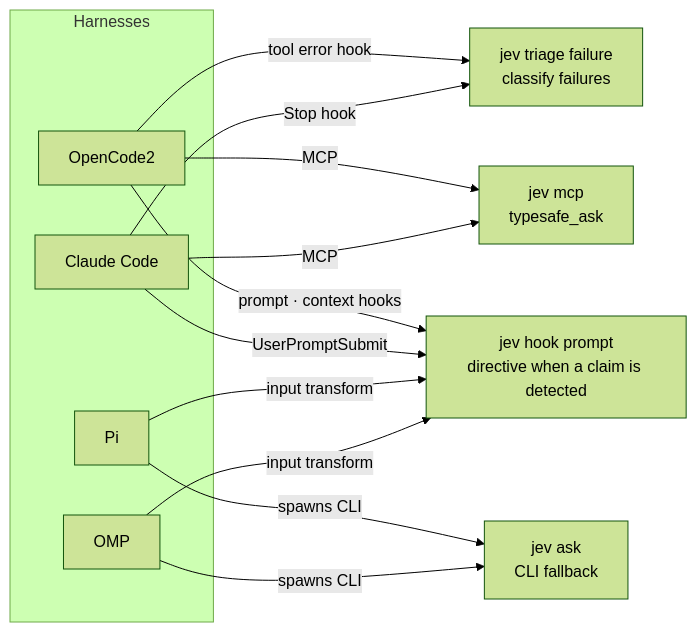
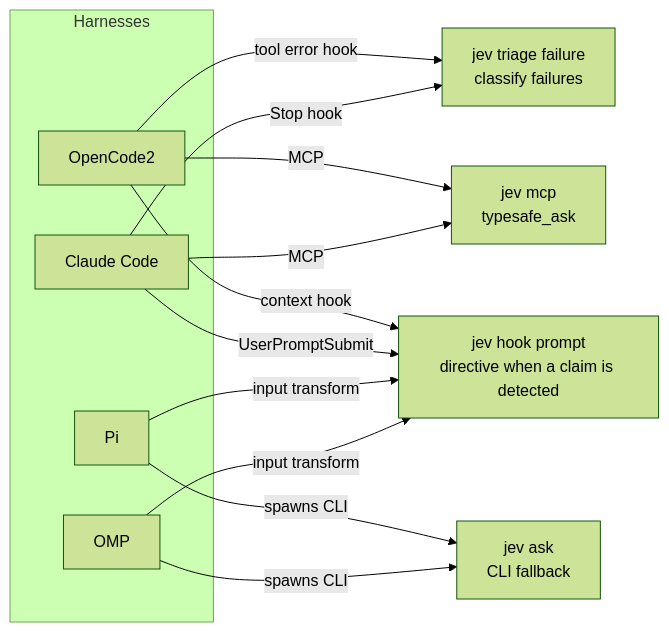
The diagram in docs/agent-integration-guide.md (jbt95/jev-toolkit), drawn with Mermaid (forest theme) before and after one commit. The commit also changed other lines of this file and 3 other files, not shown here.

First line of the commit message:
fix(opencode2): inject the prompt directive from the context hook

````diff
--- a/docs/agent-integration-guide.md
+++ b/docs/agent-integration-guide.md
@@ -16,22 +16,22 @@
 ```mermaid
 flowchart LR
   subgraph H["Harnesses"]
     OC["OpenCode2"]
     CC["Claude Code"]
     PI["Pi"]
     OMP["OMP"]
   end
 
   MCP["jev mcp<br/>typesafe_ask"]
   ASK["jev ask<br/>CLI fallback"]
   HOOK["jev hook prompt<br/>directive when a claim is detected"]
   FAIL["jev triage failure<br/>classify failures"]
 
   OC & CC -->|MCP| MCP
   PI & OMP -->|spawns CLI| ASK
-  OC -->|prompt · context hooks| HOOK
+  OC -->|context hook| HOOK
   CC -->|UserPromptSubmit| HOOK
   PI & OMP -->|input transform| HOOK
   OC -->|tool error hook| FAIL
   CC -->|Stop hook| FAIL
 ```
````
